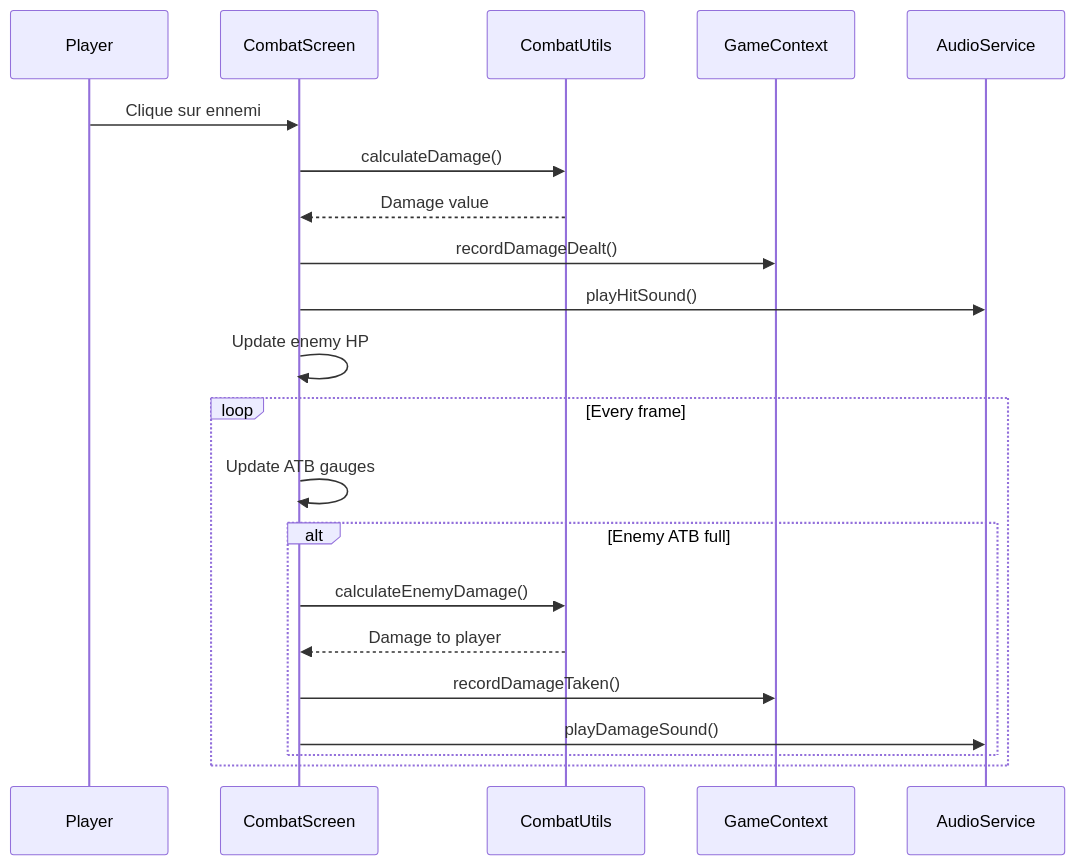
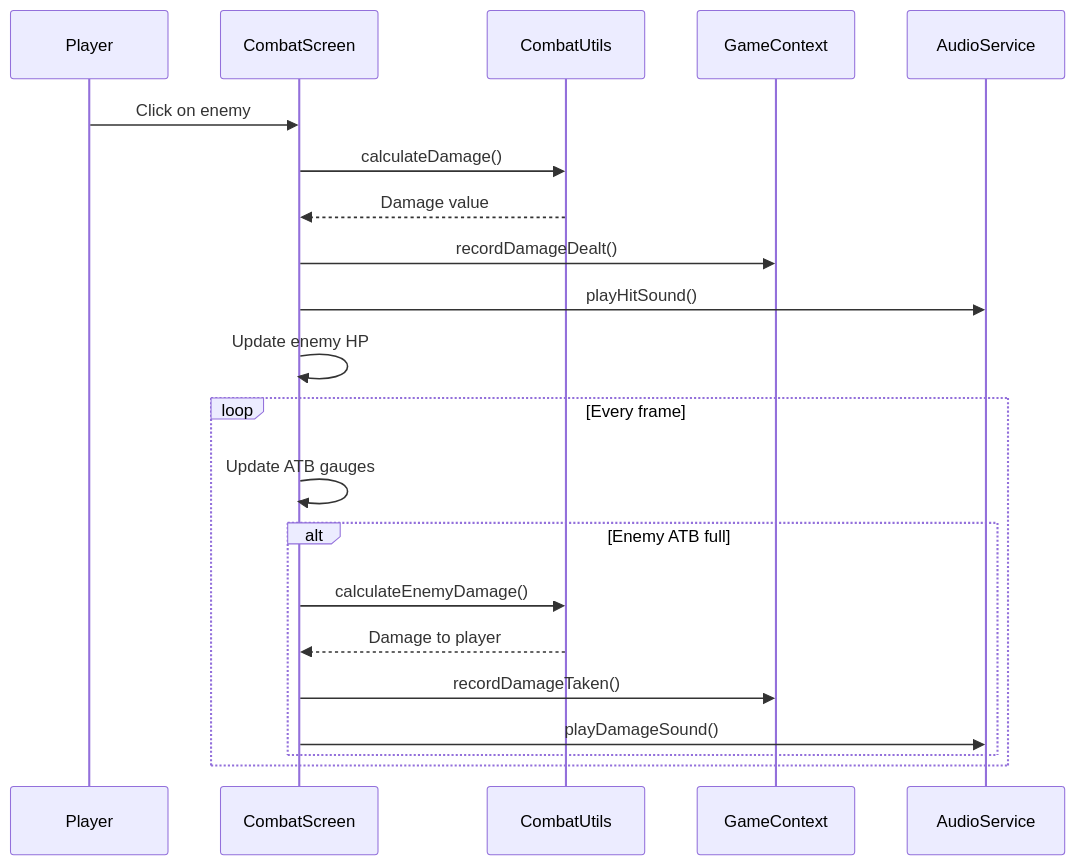
Before and after one commit to blal1/neon-vanguard-sector-zero: the third of 3 diagrams in docs/ARCHITECTURE.md, drawn with Mermaid. The commit also changed other lines of this file and 64 other files, not shown here.

````diff
--- a/docs/ARCHITECTURE.md
+++ b/docs/ARCHITECTURE.md
@@ -189,25 +189,25 @@
 ```mermaid
 sequenceDiagram
     participant Player
     participant CombatScreen
     participant CombatUtils
     participant GameContext
     participant AudioService
     
-    Player->>CombatScreen: Clique sur ennemi
+    Player->>CombatScreen: Click on enemy
     CombatScreen->>CombatUtils: calculateDamage()
     CombatUtils-->>CombatScreen: Damage value
     CombatScreen->>GameContext: recordDamageDealt()
     CombatScreen->>AudioService: playHitSound()
     CombatScreen->>CombatScreen: Update enemy HP
     
     loop Every frame
         CombatScreen->>CombatScreen: Update ATB gauges
         alt Enemy ATB full
             CombatScreen->>CombatUtils: calculateEnemyDamage()
             CombatUtils-->>CombatScreen: Damage to player
             CombatScreen->>GameContext: recordDamageTaken()
             CombatScreen->>AudioService: playDamageSound()
         end
     end
 ```
````
